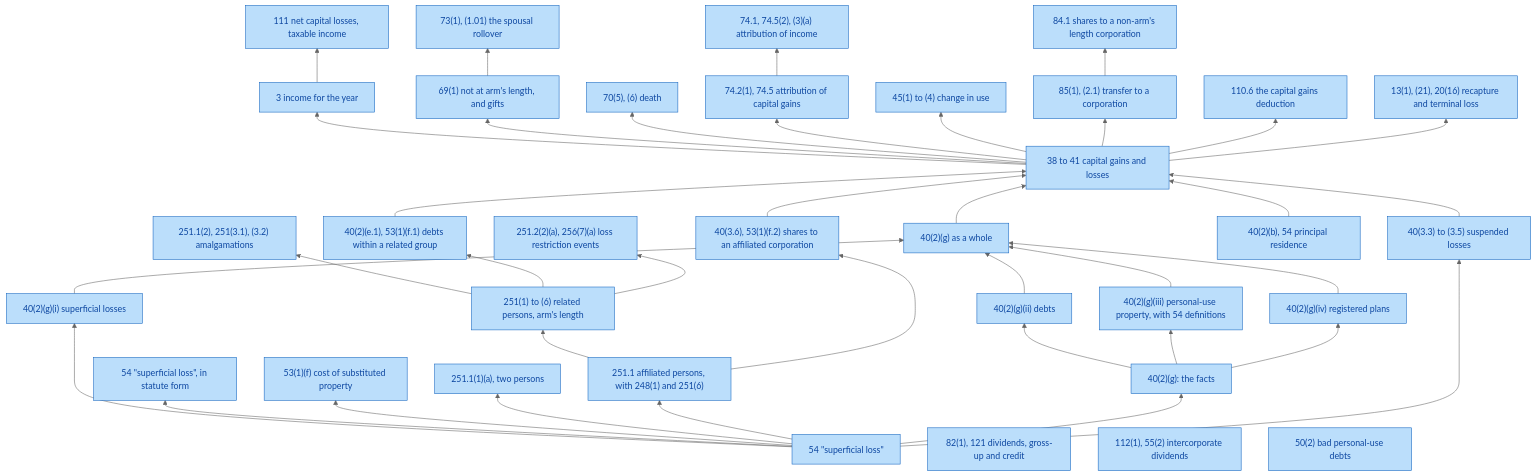
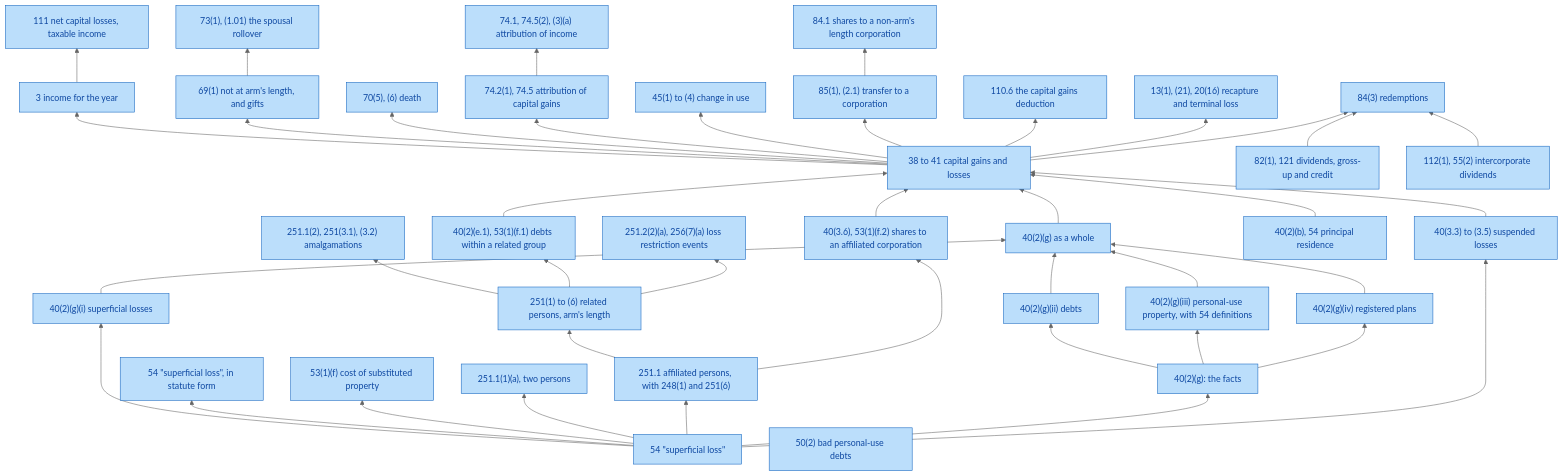
Before and after one commit to SeanWMurray/Canteen: the diagram in docs/graphs/provisions.md, drawn with Mermaid (neutral theme). The commit also changed 14 other files, not shown here.

````diff
--- a/docs/graphs/provisions.md
+++ b/docs/graphs/provisions.md
@@ -7,74 +7,78 @@
 ```mermaid
 flowchart BT
   v0["54 #quot;superficial loss#quot;"]:::prov
   v1["40(2)(g)(i) superficial losses"]:::prov
   v2["54 #quot;superficial loss#quot;, in statute form"]:::prov
   v3["53(1)(f) cost of substituted property"]:::prov
   v4["251.1(1)(a), two persons"]:::prov
   v5["251.1 affiliated persons, with 248(1) and 251(6)"]:::prov
   v6["251(1) to (6) related persons, arm's length"]:::prov
   v7["251.1(2), 251(3.1), (3.2) amalgamations"]:::prov
   v8["40(2)(g): the facts"]:::prov
   v9["40(2)(g)(ii) debts"]:::prov
   v10["40(2)(g)(iii) personal-use property, with 54 definitions"]:::prov
   v11["40(2)(g)(iv) registered plans"]:::prov
   v12["40(2)(g) as a whole"]:::prov
   v13["40(3.3) to (3.5) suspended losses"]:::prov
   v14["40(3.6), 53(1)(f.2) shares to an affiliated corporation"]:::prov
   v15["40(2)(e.1), 53(1)(f.1) debts within a related group"]:::prov
   v16["40(2)(b), 54 principal residence"]:::prov
   v17["38 to 41 capital gains and losses"]:::prov
   v18["3 income for the year"]:::prov
   v19["111 net capital losses, taxable income"]:::prov
   v20["69(1) not at arm's length, and gifts"]:::prov
   v21["73(1), (1.01) the spousal rollover"]:::prov
   v22["70(5), (6) death"]:::prov
   v23["74.2(1), 74.5 attribution of capital gains"]:::prov
   v24["45(1) to (4) change in use"]:::prov
   v25["85(1), (2.1) transfer to a corporation"]:::prov
   v26["84.1 shares to a non-arm's length corporation"]:::prov
   v27["110.6 the capital gains deduction"]:::prov
   v28["251.2(2)(a), 256(7)(a) loss restriction events"]:::prov
   v29["74.1, 74.5(2), (3)(a) attribution of income"]:::prov
   v30["82(1), 121 dividends, gross-up and credit"]:::prov
   v31["112(1), 55(2) intercorporate dividends"]:::prov
   v32["13(1), (21), 20(16) recapture and terminal loss"]:::prov
-  v33["50(2) bad personal-use debts"]:::prov
+  v33["84(3) redemptions"]:::prov
+  v34["50(2) bad personal-use debts"]:::prov
   v0 --> v1
   v0 --> v2
   v0 --> v3
   v0 --> v4
   v0 --> v5
   v5 --> v6
   v6 --> v7
   v0 --> v8
   v8 --> v9
   v8 --> v10
   v8 --> v11
   v9 --> v12
   v10 --> v12
   v11 --> v12
   v1 --> v12
   v0 --> v13
   v5 --> v14
   v6 --> v15
   v12 --> v17
   v13 --> v17
   v14 --> v17
   v15 --> v17
   v16 --> v17
   v17 --> v18
   v18 --> v19
   v17 --> v20
   v20 --> v21
   v17 --> v22
   v17 --> v23
   v17 --> v24
   v17 --> v25
   v25 --> v26
   v17 --> v27
   v6 --> v28
   v23 --> v29
   v17 --> v32
+  v17 --> v33
+  v30 --> v33
+  v31 --> v33
   classDef prov fill:#bbdefb,stroke:#1565c0,color:#0d47a1
 ```
````
